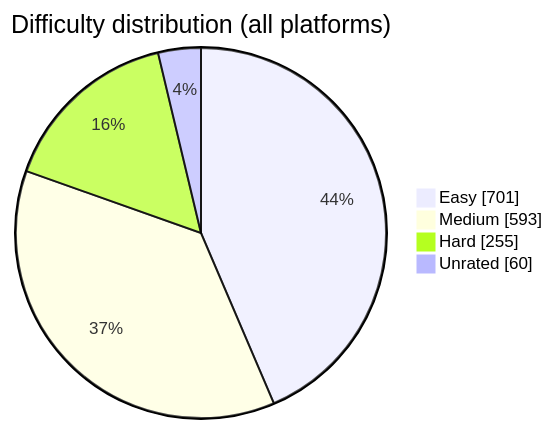
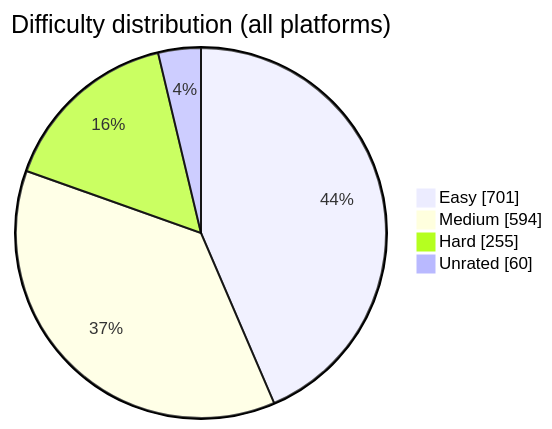
The diagram in README.md (BuildbyArindam/Daily-Coding-Log), drawn with Mermaid before and after one commit. The commit also changed other lines of this file, not shown here.

````diff
--- a/README.md
+++ b/README.md
@@ -93,7 +93,7 @@
 ```mermaid
 pie showData title Difficulty distribution (all platforms)
     "Easy" : 701
-    "Medium" : 593
+    "Medium" : 594
     "Hard" : 255
     "Unrated" : 60
 ```
````
